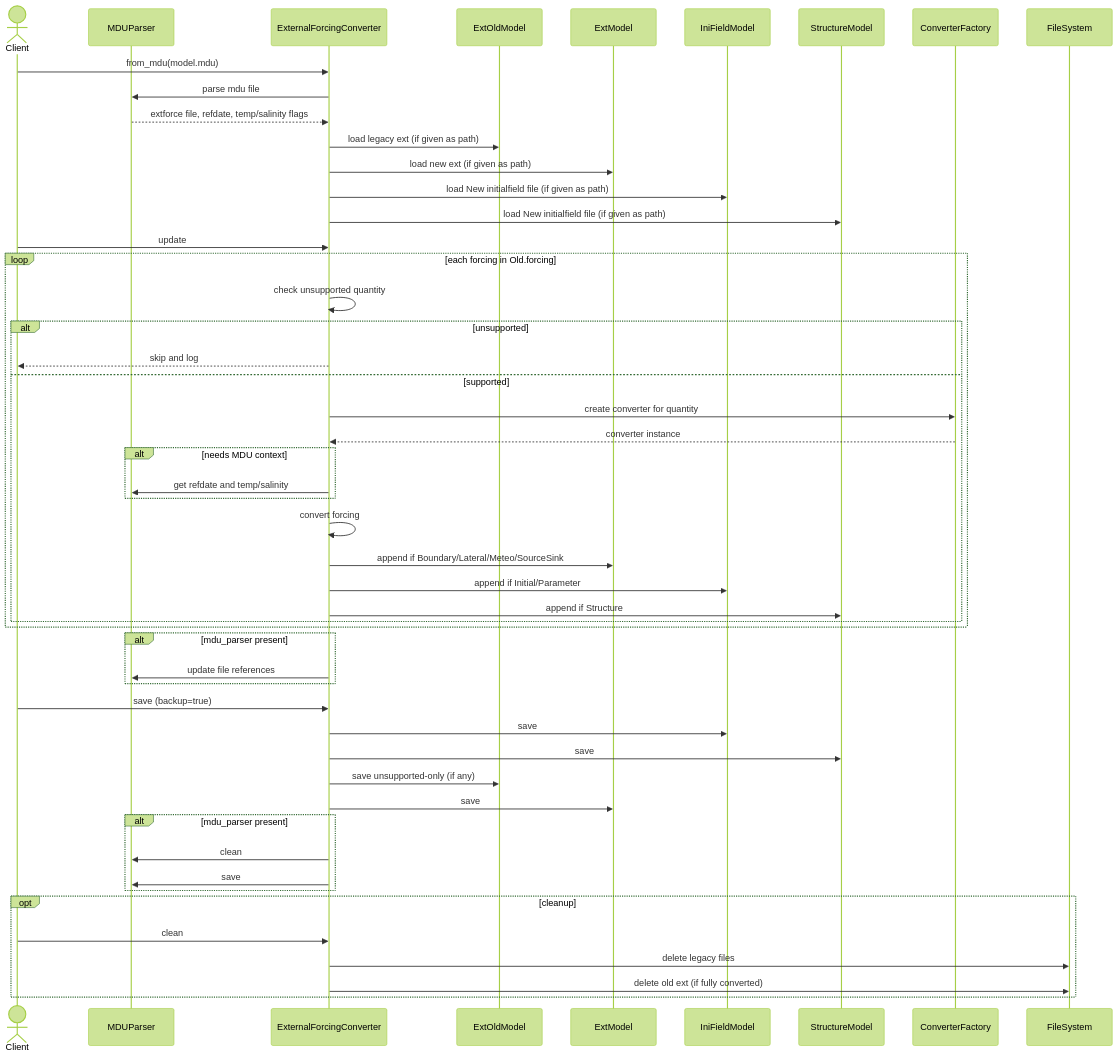
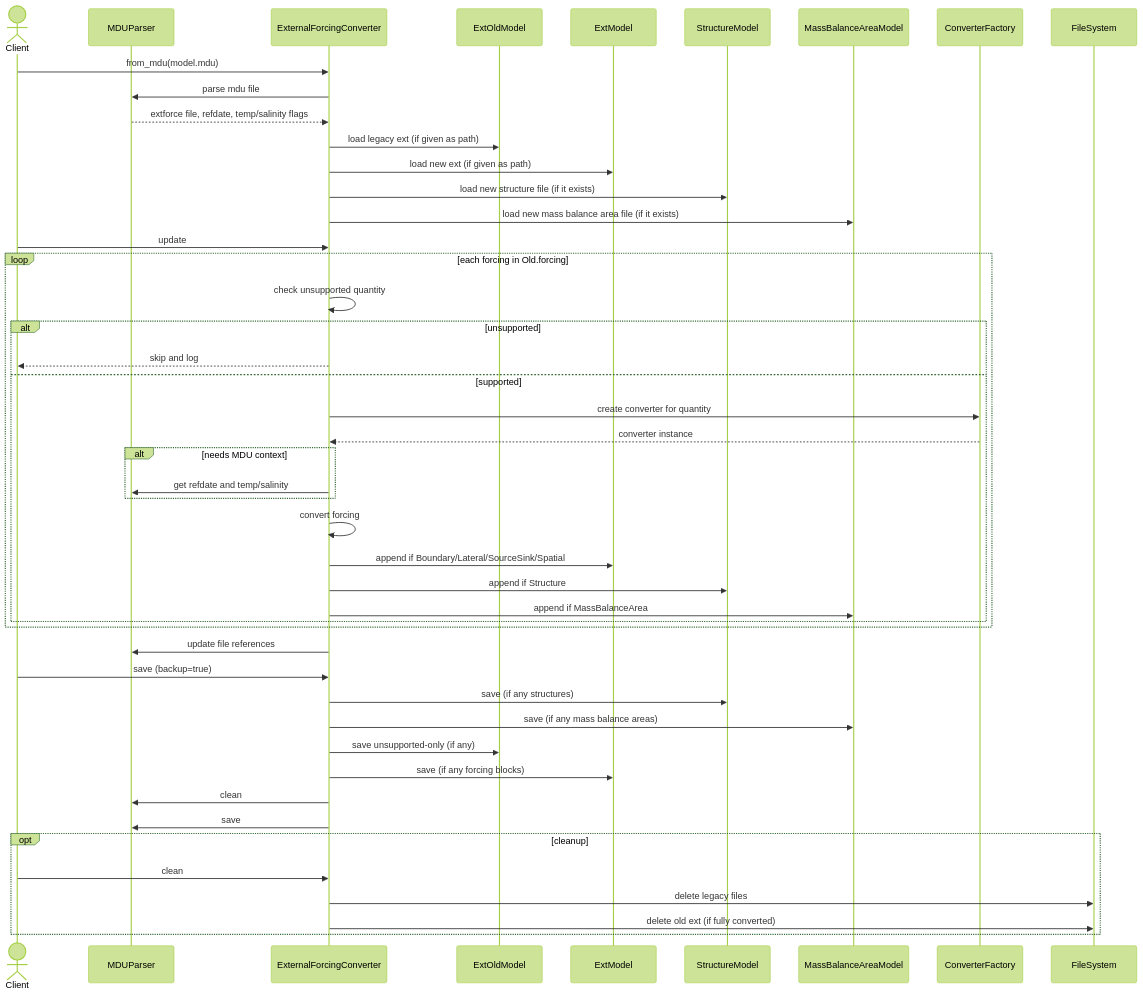
Before and after one commit to Deltares/HYDROLIB-core: the third of 4 diagrams in docs/reference/tools/extforce-convert/extforce_convert.md, drawn with Mermaid (forest theme). The commit also changed other lines of this file and 2 other files, not shown here.

````diff
--- a/docs/reference/tools/extforce-convert/extforce_convert.md
+++ b/docs/reference/tools/extforce-convert/extforce_convert.md
@@ -335,57 +349,53 @@
 ```mermaid
 sequenceDiagram
     actor Client
     participant MDU as MDUParser
     participant Conv as ExternalForcingConverter
     participant Old as ExtOldModel
     participant NewExt as ExtModel
-    participant NewIni as IniFieldModel
     participant NewStr as StructureModel
+    participant NewMba as MassBalanceAreaModel
     participant CF as ConverterFactory
     participant FS as FileSystem
 
     Client->>Conv: from_mdu(model.mdu)
     Conv->>MDU: parse mdu file
     MDU-->>Conv: extforce file, refdate, temp/salinity flags
     Conv->>Old: load legacy ext (if given as path)
     Conv->>NewExt: load new ext (if given as path)
-    Conv->>NewIni: load New initialfield file (if given as path)
-    Conv->>NewStr: load New initialfield file (if given as path)
+    Conv->>NewStr: load new structure file (if it exists)
+    Conv->>NewMba: load new mass balance area file (if it exists)
 
     Client->>Conv: update
     loop each forcing in Old.forcing
         Conv->>Conv: check unsupported quantity
         alt unsupported
             Conv-->>Client: skip and log
         else supported
             Conv->>CF: create converter for quantity
             CF-->>Conv: converter instance
             alt needs MDU context
                 Conv->>MDU: get refdate and temp/salinity
             end
             Conv->>Conv: convert forcing
-            Conv->>NewExt: append if Boundary/Lateral/Meteo/SourceSink
-            Conv->>NewIni: append if Initial/Parameter
+            Conv->>NewExt: append if Boundary/Lateral/SourceSink/Spatial
             Conv->>NewStr: append if Structure
+            Conv->>NewMba: append if MassBalanceArea
         end
     end
-    alt mdu_parser present
-        Conv->>MDU: update file references
-    end
+    Conv->>MDU: update file references
 
     Client->>Conv: save (backup=true)
-    Conv->>NewIni: save
-    Conv->>NewStr: save
+    Conv->>NewStr: save (if any structures)
+    Conv->>NewMba: save (if any mass balance areas)
     Conv->>Old: save unsupported-only (if any)
-    Conv->>NewExt: save
-    alt mdu_parser present
-        Conv->>MDU: clean
-        Conv->>MDU: save
-    end
+    Conv->>NewExt: save (if any forcing blocks)
+    Conv->>MDU: clean
+    Conv->>MDU: save
 
     opt cleanup
         Client->>Conv: clean
         Conv->>FS: delete legacy files
         Conv->>FS: delete old ext (if fully converted)
     end
 ```
````
